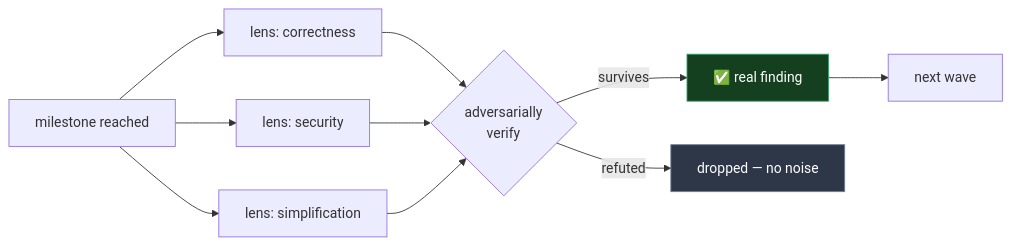
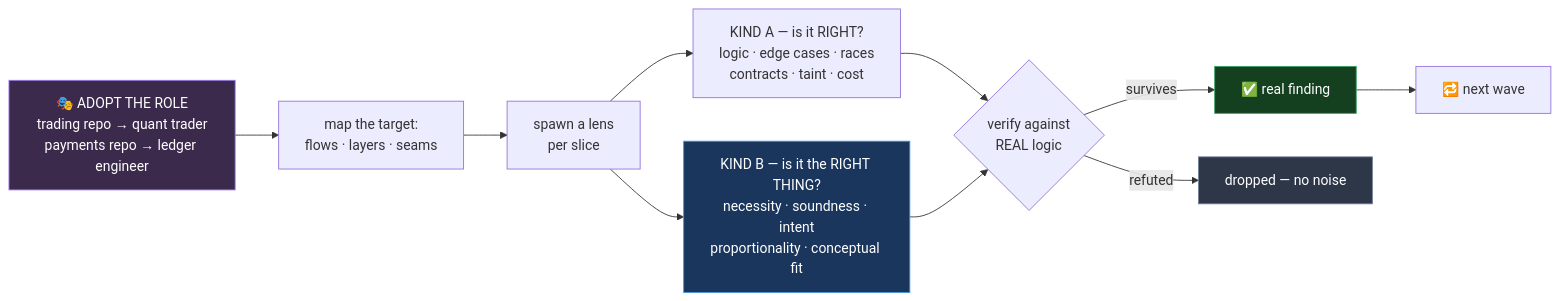
One commit to ReidenXerx/bearing changed the fourth of 5 diagrams in README.md. Above: the diagram before and after it, drawn with Mermaid. The commit also changed other lines of this file and 1 other file, not shown here.

Commit message:
README/installer: stop understating Microscope — the domain ROLE is the point
My diagram showed three fixed lenses (correctness / security / simplification), which got the
feature wrong twice:

- Lenses are not a fixed checklist. They are spawned DYNAMICALLY per meaningful slice of the target
  (flow, layer, seam), and each is one of two KINDS: A "is it right?" and B "is it the right
  THING?". Important slices get both.
- It omitted the domain PERSONA entirely — and that is the mechanism that makes this more than a
  linter. The routine adopts the expert role the project implies (trading repo → senior quant
  trader, payments repo → ledger engineer), inferred from README/CLAUDE.md/code structure or pinned
  in .bearing/domain.json.

That role is what catches SEMANTIC wrongness — "this fee is computed on gross, should be net",
"win-rate is not a profitability claim" — code that runs perfectly and is still wrong. Kind B is
the part a linter can never do: why does this exist, is this the wrong abstraction, is the
complexity worth it.

Diagram, module table and installer copy all corrected to lead with the role. All five mermaid
diagrams re-validated. 69/69.

````diff
--- a/README.md
+++ b/README.md
@@ -146,15 +148,17 @@
 ```mermaid
 flowchart LR
-    W["milestone reached"] --> L1["lens: correctness"]
-    W --> L2["lens: security"]
-    W --> L3["lens: simplification"]
-    L1 --> V{"adversarially<br/>verify"}
-    L2 --> V
-    L3 --> V
+    P["🎭 ADOPT THE ROLE<br/>trading repo → quant trader<br/>payments repo → ledger engineer"] --> M["map the target:<br/>flows · layers · seams"]
+    M --> L["spawn a lens<br/>per slice"]
+    L --> A["KIND A — is it RIGHT?<br/>logic · edge cases · races<br/>contracts · taint · cost"]
+    L --> B["KIND B — is it the RIGHT THING?<br/>necessity · soundness · intent<br/>proportionality · conceptual fit"]
+    A --> V{"verify against<br/>REAL logic"}
+    B --> V
     V -->|"survives"| K["✅ real finding"]
     V -->|"refuted"| X["dropped — no noise"]
-    K --> N["next wave"]
+    K --> W["🔁 next wave"]
 
+    style P fill:#3c2a4d,stroke:#9f7aea,color:#fff
+    style B fill:#1a365d,stroke:#4299e1,color:#fff
     style K fill:#14401f,stroke:#38a169,color:#fff
     style X fill:#2d3748,stroke:#718096,color:#fff
 ```
````
